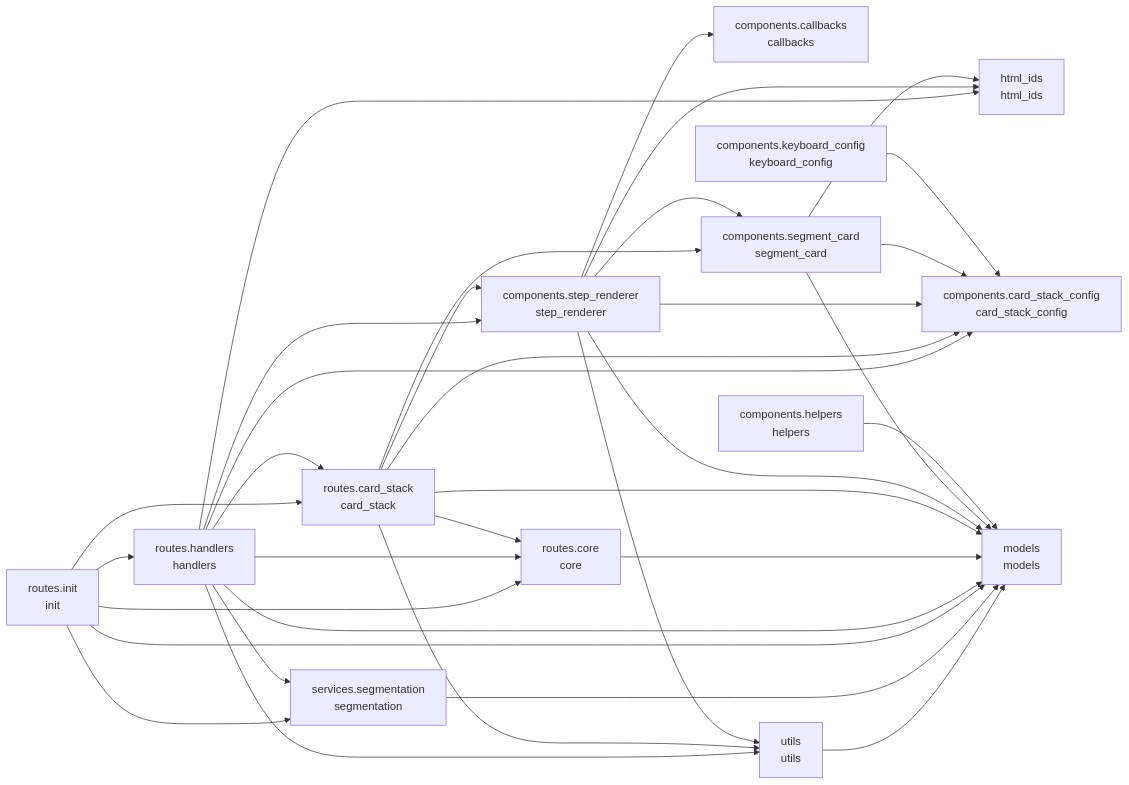
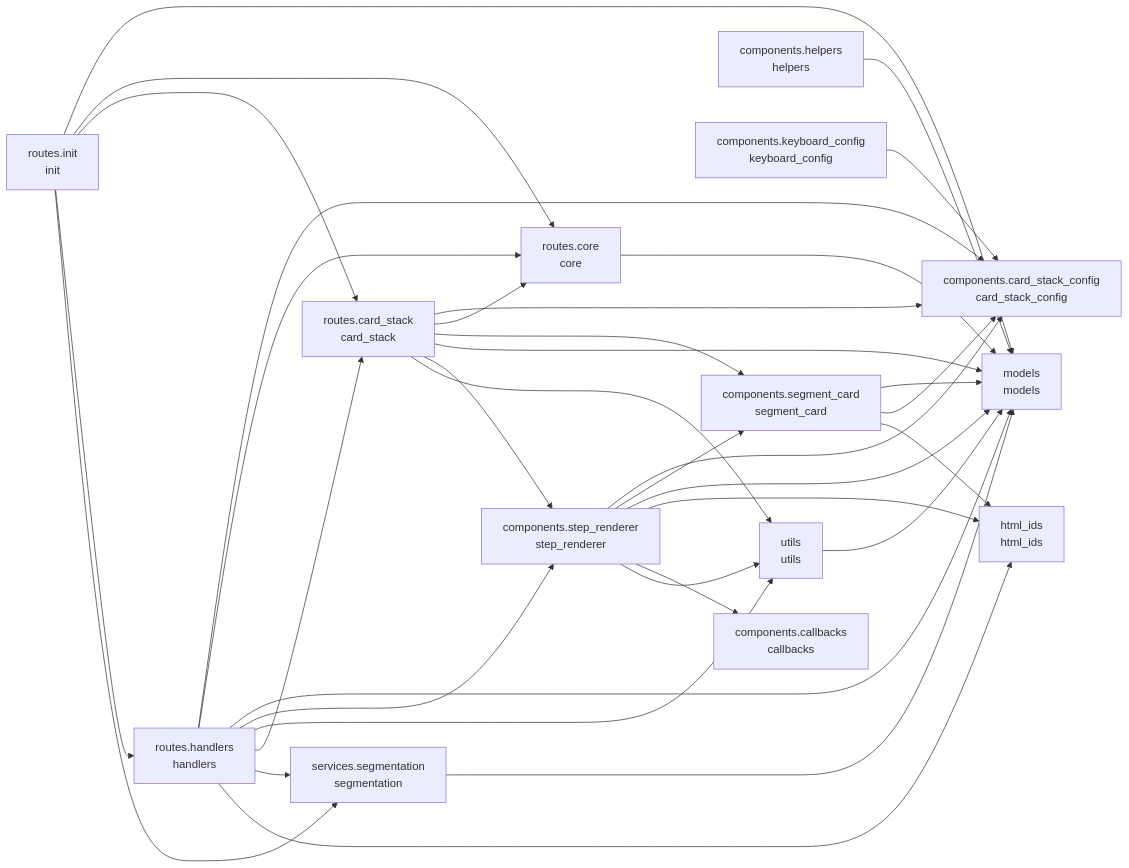
One commit to cj-mills/cjm-transcript-segmentation changed the diagram in README.md. Above: the diagram before and after it, drawn with Mermaid. The commit also changed other lines of this file and 3 other files, not shown here.

````diff
--- a/README.md
+++ b/README.md
@@ -37,51 +37,51 @@
 ``` mermaid
 graph LR
     components_callbacks[components.callbacks<br/>callbacks]
     components_card_stack_config[components.card_stack_config<br/>card_stack_config]
     components_helpers[components.helpers<br/>helpers]
     components_keyboard_config[components.keyboard_config<br/>keyboard_config]
     components_segment_card[components.segment_card<br/>segment_card]
     components_step_renderer[components.step_renderer<br/>step_renderer]
     html_ids[html_ids<br/>html_ids]
     models[models<br/>models]
     routes_card_stack[routes.card_stack<br/>card_stack]
     routes_core[routes.core<br/>core]
     routes_handlers[routes.handlers<br/>handlers]
     routes_init[routes.init<br/>init]
     services_segmentation[services.segmentation<br/>segmentation]
     utils[utils<br/>utils]
 
     components_helpers --> models
     components_keyboard_config --> components_card_stack_config
+    components_segment_card --> models
+    components_segment_card --> components_card_stack_config
     components_segment_card --> html_ids
-    components_segment_card --> components_card_stack_config
-    components_segment_card --> models
     components_step_renderer --> components_card_stack_config
+    components_step_renderer --> components_segment_card
+    components_step_renderer --> models
+    components_step_renderer --> html_ids
+    components_step_renderer --> components_callbacks
     components_step_renderer --> utils
-    components_step_renderer --> html_ids
-    components_step_renderer --> models
-    components_step_renderer --> components_segment_card
-    components_step_renderer --> components_callbacks
+    routes_card_stack --> components_card_stack_config
+    routes_card_stack --> routes_core
+    routes_card_stack --> components_segment_card
+    routes_card_stack --> models
+    routes_card_stack --> components_step_renderer
     routes_card_stack --> utils
-    routes_card_stack --> routes_core
-    routes_card_stack --> components_card_stack_config
-    routes_card_stack --> components_step_renderer
-    routes_card_stack --> models
-    routes_card_stack --> components_segment_card
     routes_core --> models
+    routes_handlers --> components_card_stack_config
+    routes_handlers --> routes_core
+    routes_handlers --> models
+    routes_handlers --> components_step_renderer
+    routes_handlers --> utils
+    routes_handlers --> routes_card_stack
     routes_handlers --> services_segmentation
-    routes_handlers --> routes_core
     routes_handlers --> html_ids
-    routes_handlers --> routes_card_stack
-    routes_handlers --> components_step_renderer
-    routes_handlers --> components_card_stack_config
-    routes_handlers --> models
-    routes_handlers --> utils
+    routes_init --> models
     routes_init --> routes_core
-    routes_init --> services_segmentation
-    routes_init --> models
     routes_init --> routes_card_stack
     routes_init --> routes_handlers
+    routes_init --> services_segmentation
     services_segmentation --> models
     utils --> models
 ```
````
